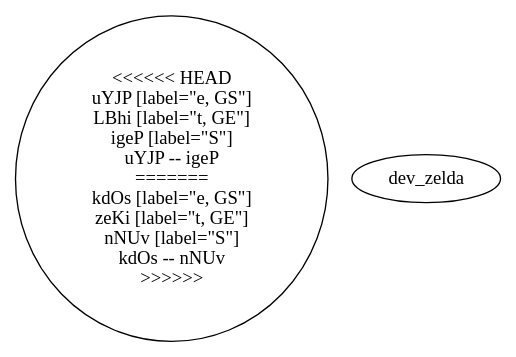
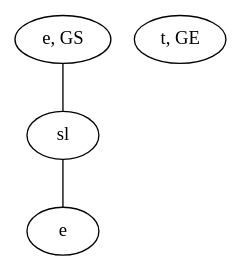
Before and after one commit to schrum2/MM-NEAT: the diagram in data/VGLC/Zelda/rules/1/14_E-t.dot, drawn with Graphviz. The commit also changed 22 other files, not shown here.

```diff
--- a/data/VGLC/Zelda/rules/1/14_E-t.dot
+++ b/data/VGLC/Zelda/rules/1/14_E-t.dot
@@ -1,13 +1,8 @@
 graph {
-<<<<<<< HEAD
-uYJP [label="e, GS"]
-LBhi [label="t, GE"]
-igeP [label="S"]
-uYJP -- igeP
-=======
-kdOs [label="e, GS"]
-zeKi [label="t, GE"]
-nNUv [label="S"]
-kdOs -- nNUv
->>>>>>> dev_zelda
+hENW [label="e, GS"]
+EQoK [label="t, GE"]
+ZgYC [label="sl"]
+rGCG [label="e"]
+hENW -- ZgYC
+ZgYC -- rGCG
 }
```
